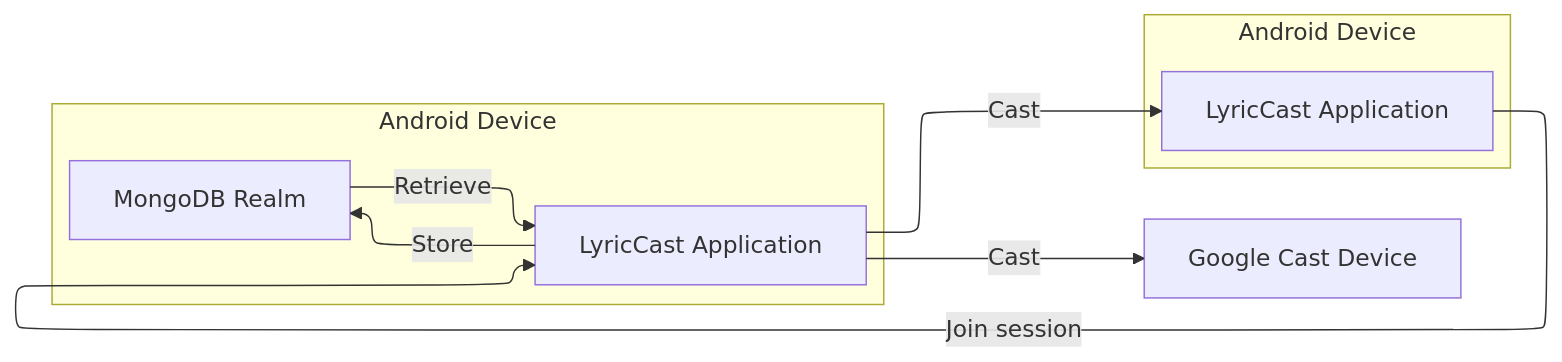
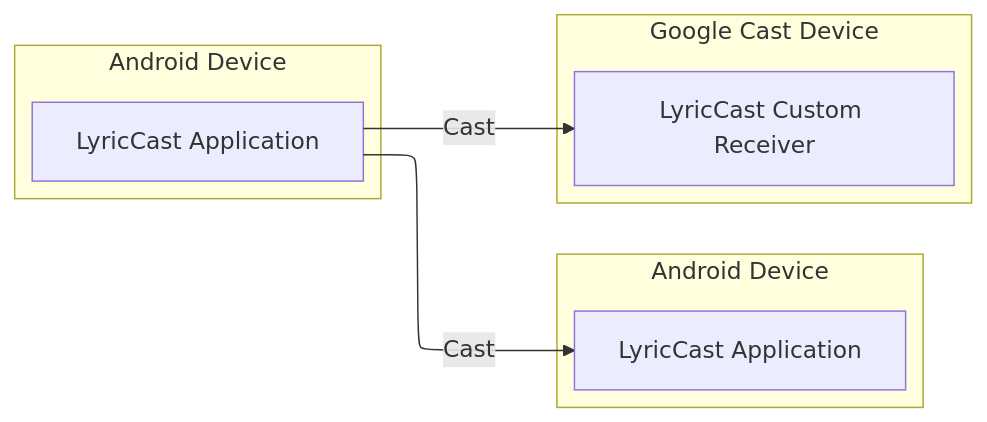
One commit to ThomasKiljanczykDev/LyricCast changed the diagram in README.md. Above: the diagram before and after it, drawn with Mermaid. The commit also changed other lines of this file and 665 other files, not shown here.

````diff
--- a/README.md
+++ b/README.md
@@ -165,17 +47,18 @@
 ```mermaid
 %%{init: {"flowchart": {"defaultRenderer": "elk"}} }%%
 flowchart LR
-  subgraph androidDevice1[Android Device]
-    application1[LyricCast Application]
-    mongodbRealm[MongoDB Realm]
-    application1 -->|Store| mongodbRealm -->|Retrieve| application1
-  end
+    subgraph androidDevice1[Android Device]
+        application1[LyricCast Application]
+    end
 
-  subgraph androidDevice2[Android Device]
-    application2[LyricCast Application]
-  end
+    subgraph androidDevice2[Android Device]
+        application2[LyricCast Application]
+    end
 
-  application2 -->|Join session| application1
-  application1 -->|Cast| application2
-  application1 -->|Cast| googleCastDevice[Google Cast Device]
+    subgraph googleCastDevice[Google Cast Device]
+        receiverApplication[LyricCast Custom Receiver]
+    end
+
+    application1 -->|Cast| application2
+    application1 -->|Cast| receiverApplication
 ```
````
